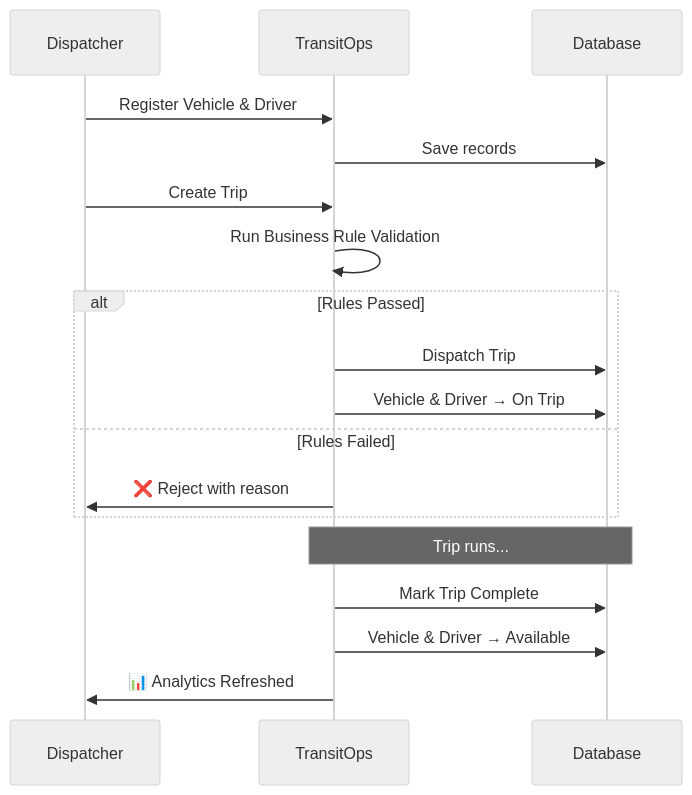
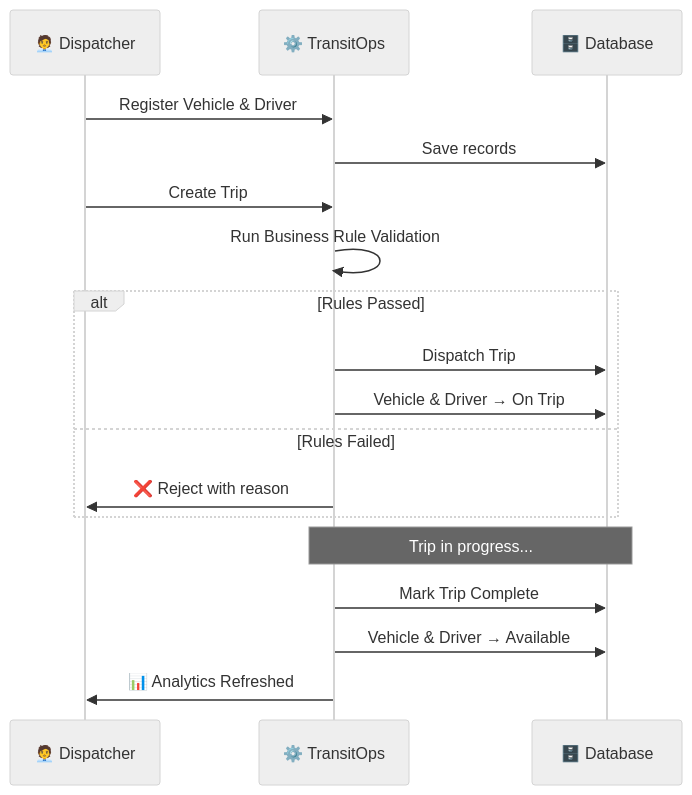
The second of 3 diagrams in README.md (rohitp9755/TransitOps), drawn with Mermaid (neutral theme) before and after one commit. The commit also changed other lines of this file, not shown here.

````diff
--- a/README.md
+++ b/README.md
@@ -149,21 +172,21 @@
 ```mermaid
 sequenceDiagram
-    participant U as Dispatcher
-    participant S as TransitOps
-    participant DB as Database
+    participant U as 🧑‍💼 Dispatcher
+    participant S as ⚙️ TransitOps
+    participant DB as 🗄️ Database
 
     U->>S: Register Vehicle & Driver
     S->>DB: Save records
     U->>S: Create Trip
     S->>S: Run Business Rule Validation
     alt Rules Passed
         S->>DB: Dispatch Trip
         S->>DB: Vehicle & Driver → On Trip
     else Rules Failed
         S->>U: ❌ Reject with reason
     end
-    Note over S,DB: Trip runs...
+    Note over S,DB: Trip in progress...
     S->>DB: Mark Trip Complete
     S->>DB: Vehicle & Driver → Available
     S->>U: 📊 Analytics Refreshed
 ```
````
